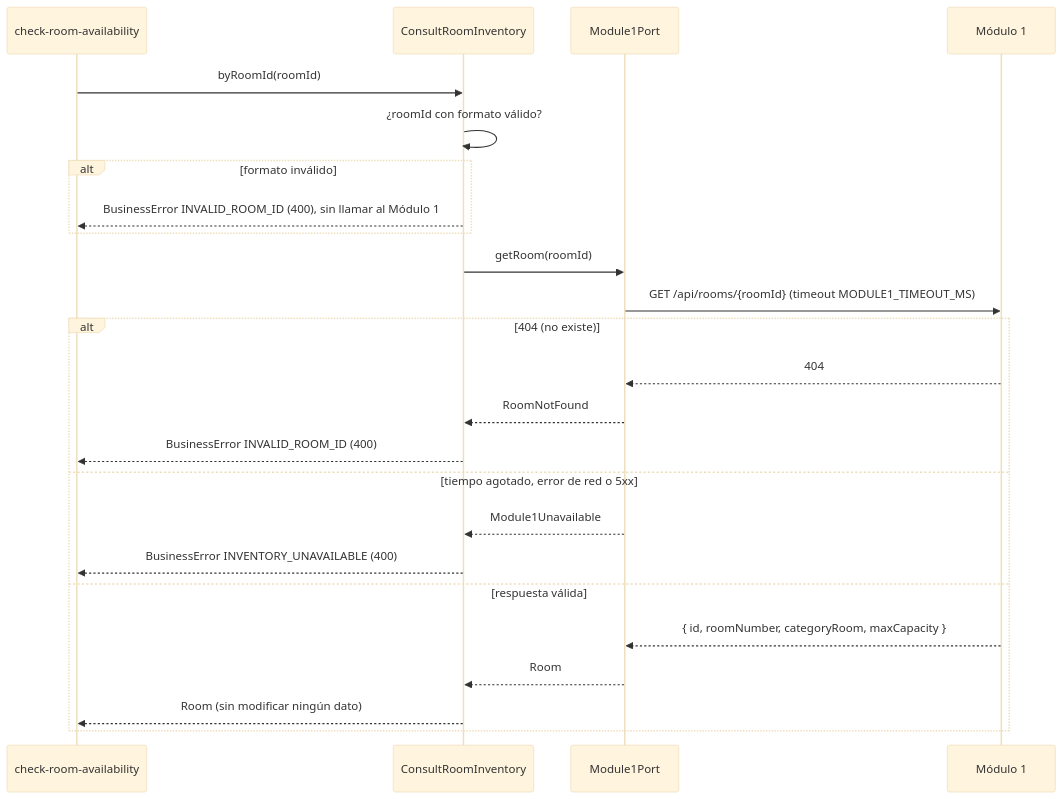
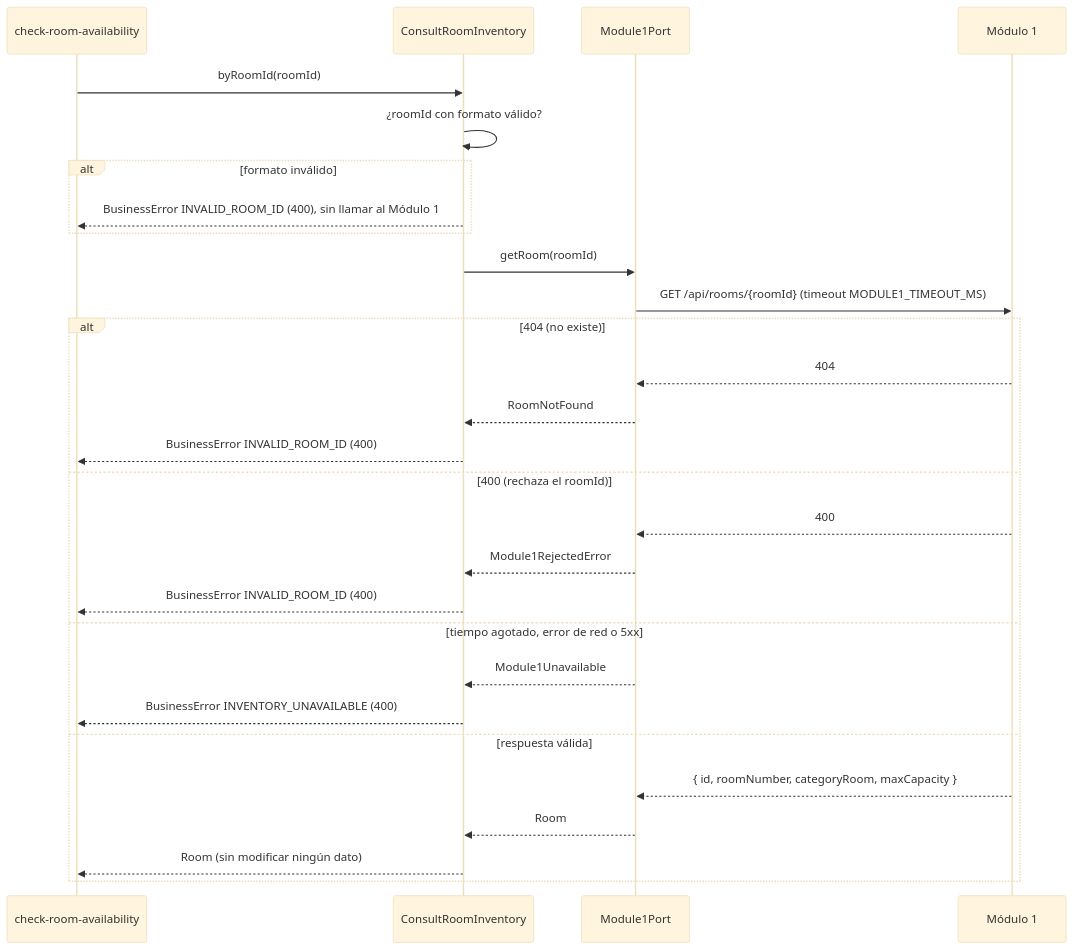
Before and after one commit to Lapicero312-lapi/HOSPITUA-MOD-2: the first of 3 diagrams in specs/consult-room-inventory/plan.md, drawn with Mermaid (base theme).

Commit message:
docs(specs): D1 muestra el 400 del Módulo 1 como INVALID_ROOM_ID (tarea #45)
D1 mostraba el 404 y el tiempo agotado, pero no el 400 del Módulo 1, que la tabla de errores también
convierte en INVALID_ROOM_ID para la consulta por roomId y que byRoomId ahora convierte. Se agrega esa
rama, con el nombre del error del código (Module1RejectedError).

Claude-Session: https://claude.ai/code/session_01Neu5RhQBiJXvczpe6oHo6S

````diff
--- a/specs/consult-room-inventory/plan.md
+++ b/specs/consult-room-inventory/plan.md
@@ -156,27 +156,31 @@
 ```mermaid
 sequenceDiagram
     participant V as check-room-availability
     participant U as ConsultRoomInventory
     participant P as Module1Port
     participant M1 as Módulo 1
 
     V->>U: byRoomId(roomId)
     U->>U: ¿roomId con formato válido?
     alt formato inválido
         U-->>V: BusinessError INVALID_ROOM_ID (400), sin llamar al Módulo 1
     end
     U->>P: getRoom(roomId)
     P->>M1: GET /api/rooms/{roomId} (timeout MODULE1_TIMEOUT_MS)
     alt 404 (no existe)
         M1-->>P: 404
         P-->>U: RoomNotFound
         U-->>V: BusinessError INVALID_ROOM_ID (400)
+    else 400 (rechaza el roomId)
+        M1-->>P: 400
+        P-->>U: Module1RejectedError
+        U-->>V: BusinessError INVALID_ROOM_ID (400)
     else tiempo agotado, error de red o 5xx
         P-->>U: Module1Unavailable
         U-->>V: BusinessError INVENTORY_UNAVAILABLE (400)
     else respuesta válida
         M1-->>P: { id, roomNumber, categoryRoom, maxCapacity }
         P-->>U: Room
         U-->>V: Room (sin modificar ningún dato)
     end
 ```
````
